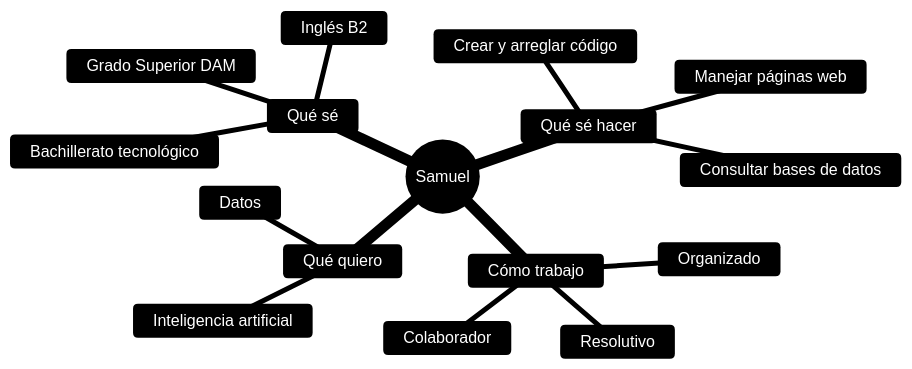
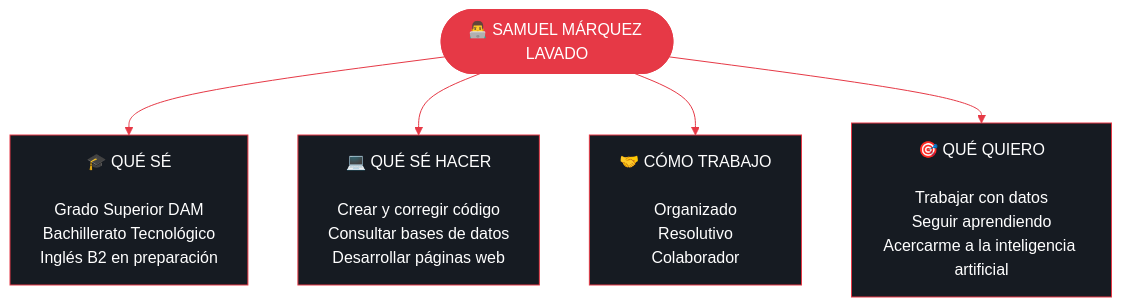
Before and after one commit to smarlav/smarlav: the first of 2 diagrams in README.md, drawn with Mermaid. The commit also changed other lines of this file, not shown here.

````diff
--- a/README.md
+++ b/README.md
@@ -31,20 +34,19 @@
 ```mermaid
-%%{init: {'theme':'base','themeVariables':{'primaryColor':'#161B22','primaryTextColor':'#FFFFFF','primaryBorderColor':'#E63946','secondaryColor':'#161B22','tertiaryColor':'#0D1117','lineColor':'#E63946','fontFamily':'Poppins, sans-serif'}}}%%
-mindmap
-  root((Samuel))
-    Qué sé
-      Grado Superior DAM
-      Bachillerato tecnológico
-      Inglés B2
-    Qué sé hacer
-      Crear y arreglar código
-      Consultar bases de datos
-      Manejar páginas web
-    Cómo trabajo
-      Organizado
-      Resolutivo
-      Colaborador
-    Qué quiero
-      Datos
-      Inteligencia artificial
+%%{init: {'theme':'base','themeVariables':{'primaryColor':'#161B22','primaryTextColor':'#FFFFFF','primaryBorderColor':'#E63946','lineColor':'#E63946','secondaryColor':'#252D38','tertiaryColor':'#0D1117','fontFamily':'Arial'}}}%%
+flowchart TB
+    A(["👨‍💻 SAMUEL MÁRQUEZ LAVADO"])
+
+    A --> B["🎓 QUÉ SÉ<br/><br/>Grado Superior DAM<br/>Bachillerato Tecnológico<br/>Inglés B2 en preparación"]
+
+    A --> C["💻 QUÉ SÉ HACER<br/><br/>Crear y corregir código<br/>Consultar bases de datos<br/>Desarrollar páginas web"]
+
+    A --> D["🤝 CÓMO TRABAJO<br/><br/>Organizado<br/>Resolutivo<br/>Colaborador"]
+
+    A --> E["🎯 QUÉ QUIERO<br/><br/>Trabajar con datos<br/>Seguir aprendiendo<br/>Acercarme a la inteligencia artificial"]
+
+    style A fill:#E63946,stroke:#E63946,color:#FFFFFF,stroke-width:2px
+    style B fill:#161B22,stroke:#E63946,color:#FFFFFF
+    style C fill:#161B22,stroke:#E63946,color:#FFFFFF
+    style D fill:#161B22,stroke:#E63946,color:#FFFFFF
+    style E fill:#161B22,stroke:#E63946,color:#FFFFFF
 ```
````
